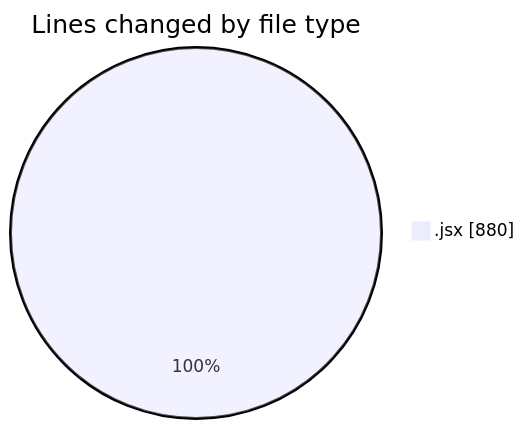
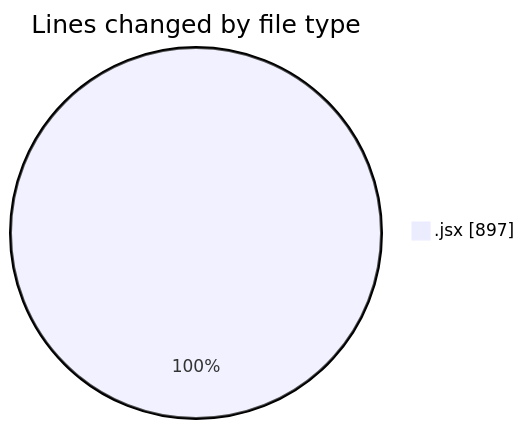
The first of 2 diagrams in 2025-05-12/argos-dev/README.md (nxtqubesakshisongat/code-tracking), drawn with Mermaid before and after one commit. The commit also changed other lines of this file and 1 other file, not shown here.

````diff
--- a/2025-05-12/argos-dev/README.md
+++ b/2025-05-12/argos-dev/README.md
@@ -20,5 +20,5 @@
 ```mermaid
 pie showData
 title Lines changed by file type
-".jsx" : 880
+".jsx" : 897
 ```
````
